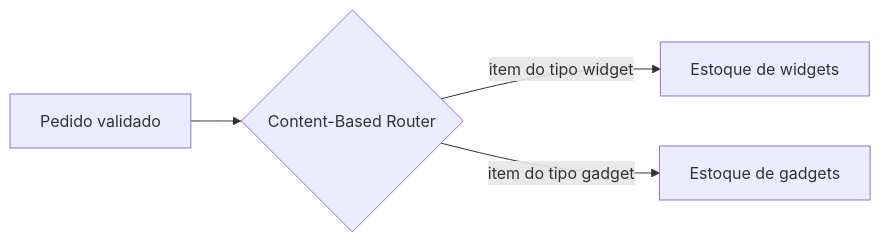
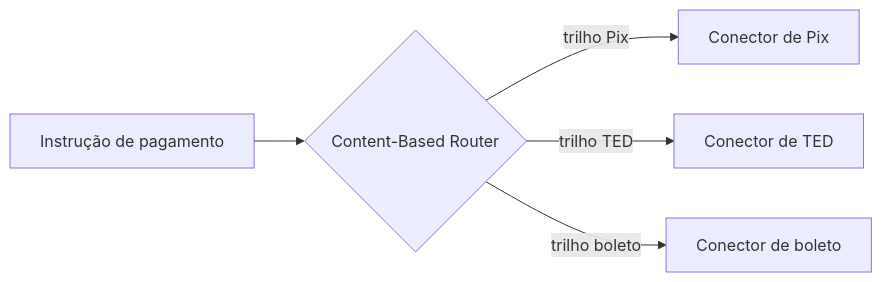
One commit to alancesar/design-patterns changed the diagram in docs/architecture/eip/message-routing/content-based-router.md. Above: the diagram before and after it, drawn with Mermaid. The commit also changed other lines of this file and 11 other files, not shown here.

Commit message:
Switch eip concrete diagrams to fintech scenarios

````diff
--- a/docs/architecture/eip/message-routing/content-based-router.md
+++ b/docs/architecture/eip/message-routing/content-based-router.md
@@ -53,6 +53,7 @@
 ```mermaid
 flowchart LR
-    P["Pedido validado"] --> R{"Content-Based Router"}
-    R -->|"item do tipo widget"| W["Estoque de widgets"]
-    R -->|"item do tipo gadget"| G["Estoque de gadgets"]
+    P["Instrução de pagamento"] --> R{"Content-Based Router"}
+    R -->|"trilho Pix"| W["Conector de Pix"]
+    R -->|"trilho TED"| G["Conector de TED"]
+    R -->|"trilho boleto"| B["Conector de boleto"]
 ```
````
